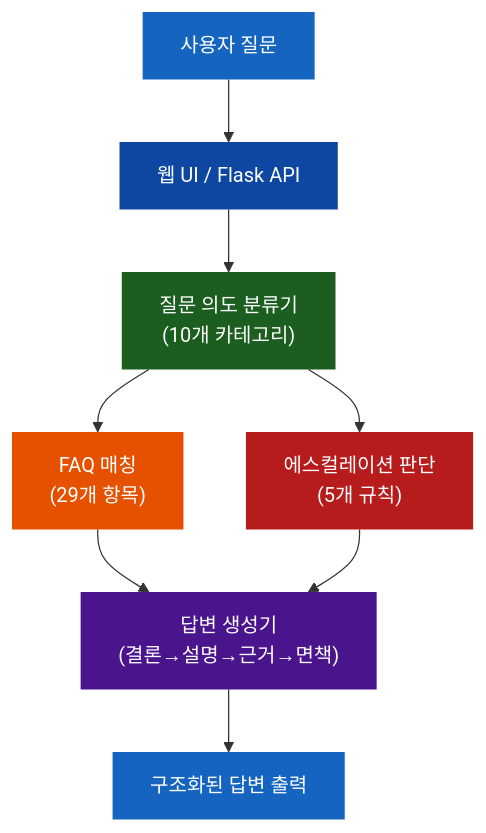
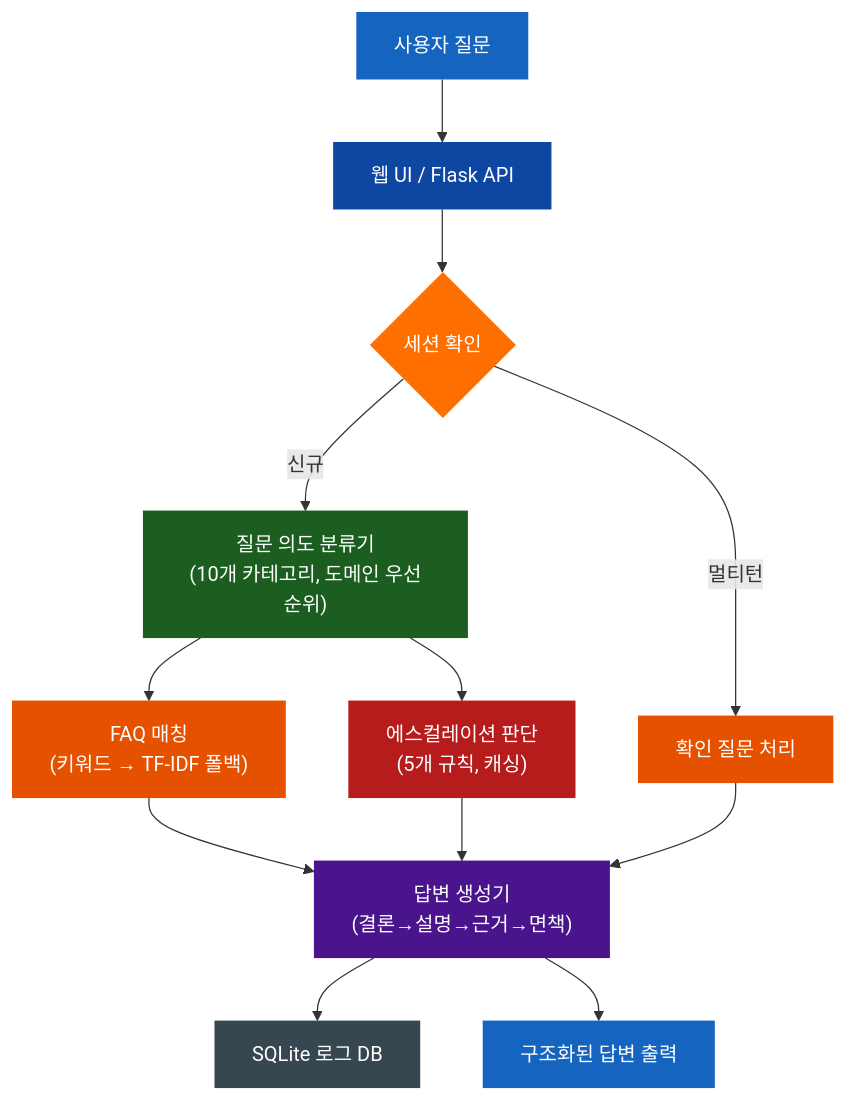
The first of 6 diagrams in README.md (sun475300-sudo/bosebot), drawn with Mermaid before and after one commit. The commit also changed other lines of this file, not shown here.

First line of the commit message:
docs: README 최신화 - FAQ 50개, 멀티턴, TF-IDF, Docker, 관리자 대시보드 반영

````diff
--- a/README.md
+++ b/README.md
@@ -9,18 +22,25 @@
 ```mermaid
 flowchart TB
     A["사용자 질문"] --> B["웹 UI / Flask API"]
-    B --> C["질문 의도 분류기<br/>(10개 카테고리)"]
-    C --> D["FAQ 매칭<br/>(29개 항목)"]
-    C --> E["에스컬레이션 판단<br/>(5개 규칙)"]
+    B --> S{"세션 확인"}
+    S -->|멀티턴| MT["확인 질문 처리"]
+    S -->|신규| C["질문 의도 분류기<br/>(10개 카테고리, 도메인 우선순위)"]
+    C --> D["FAQ 매칭<br/>(키워드 → TF-IDF 폴백)"]
+    C --> E["에스컬레이션 판단<br/>(5개 규칙, 캐싱)"]
     D --> F["답변 생성기<br/>(결론→설명→근거→면책)"]
     E --> F
+    MT --> F
+    F --> LOG["SQLite 로그 DB"]
     F --> G["구조화된 답변 출력"]
 
     style A fill:#1565C0,color:#fff,stroke:none
     style B fill:#0D47A1,color:#fff,stroke:none
+    style S fill:#FF6F00,color:#fff,stroke:none
+    style MT fill:#E65100,color:#fff,stroke:none
     style C fill:#1B5E20,color:#fff,stroke:none
     style D fill:#E65100,color:#fff,stroke:none
     style E fill:#B71C1C,color:#fff,stroke:none
     style F fill:#4A148C,color:#fff,stroke:none
+    style LOG fill:#37474F,color:#fff,stroke:none
     style G fill:#1565C0,color:#fff,stroke:none
 ```
````
